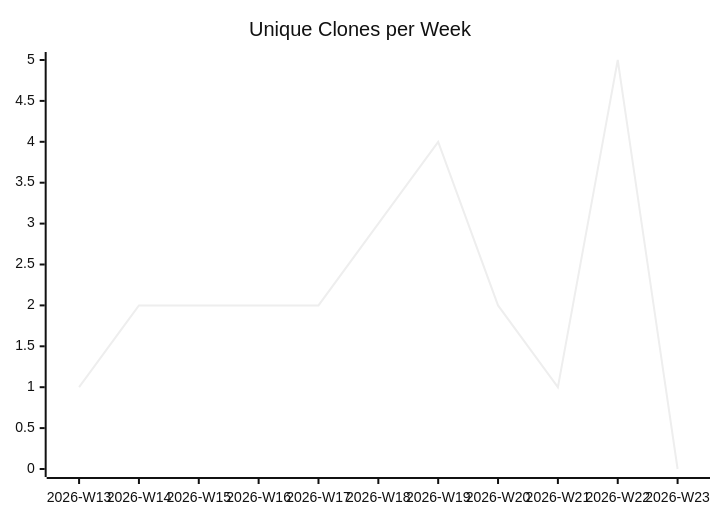
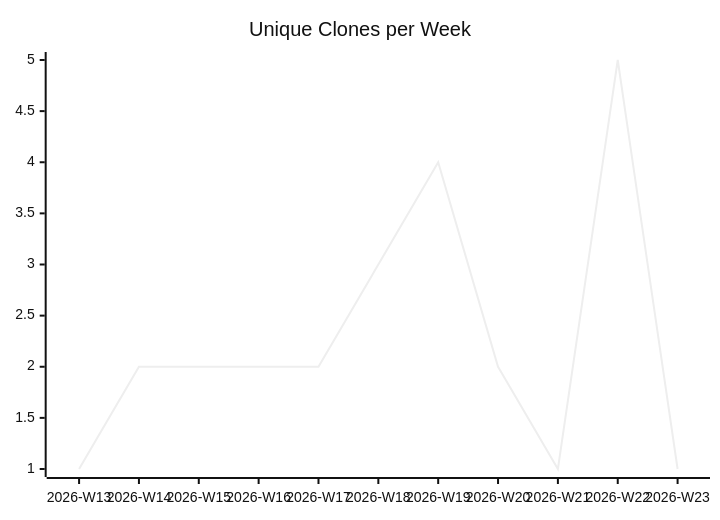
The third of 3 diagrams in karlmdavis/hello-rust-actix/README.md (justdavis-family/github-analytics-data), drawn with Mermaid (neutral theme) before and after one commit. The commit also changed other lines of this file and 189 other files, not shown here.

````diff
--- a/karlmdavis/hello-rust-actix/README.md
+++ b/karlmdavis/hello-rust-actix/README.md
@@ -19,6 +19,6 @@
 ```mermaid
 xychart-beta
   title "Unique Clones per Week"
   x-axis ["2026-W13", "2026-W14", "2026-W15", "2026-W16", "2026-W17", "2026-W18", "2026-W19", "2026-W20", "2026-W21", "2026-W22", "2026-W23"]
-  line [1, 2, 2, 2, 2, 3, 4, 2, 1, 5, 0]
+  line [1, 2, 2, 2, 2, 3, 4, 2, 1, 5, 1]
 ```
````
